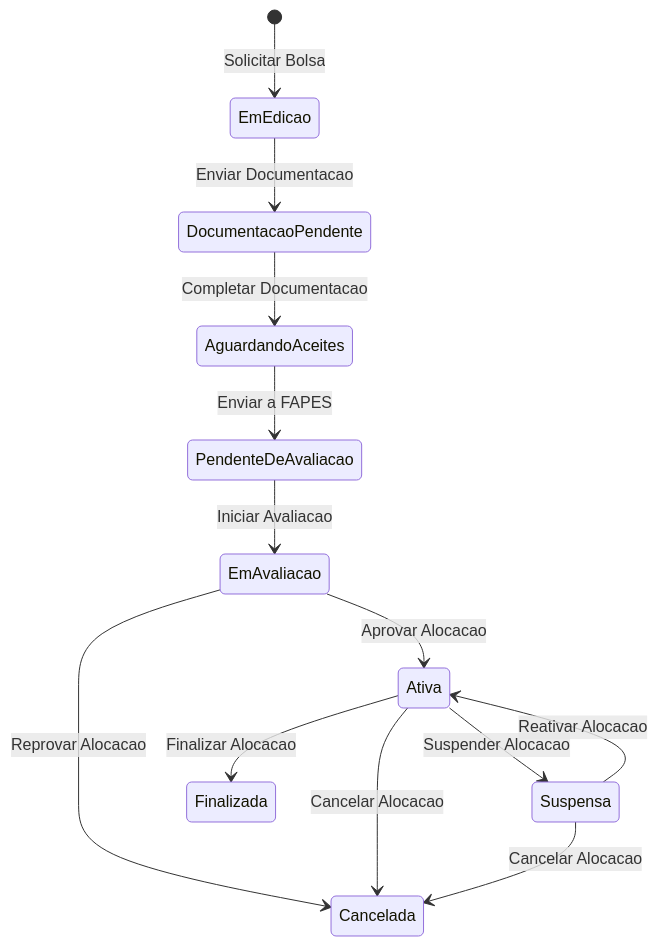
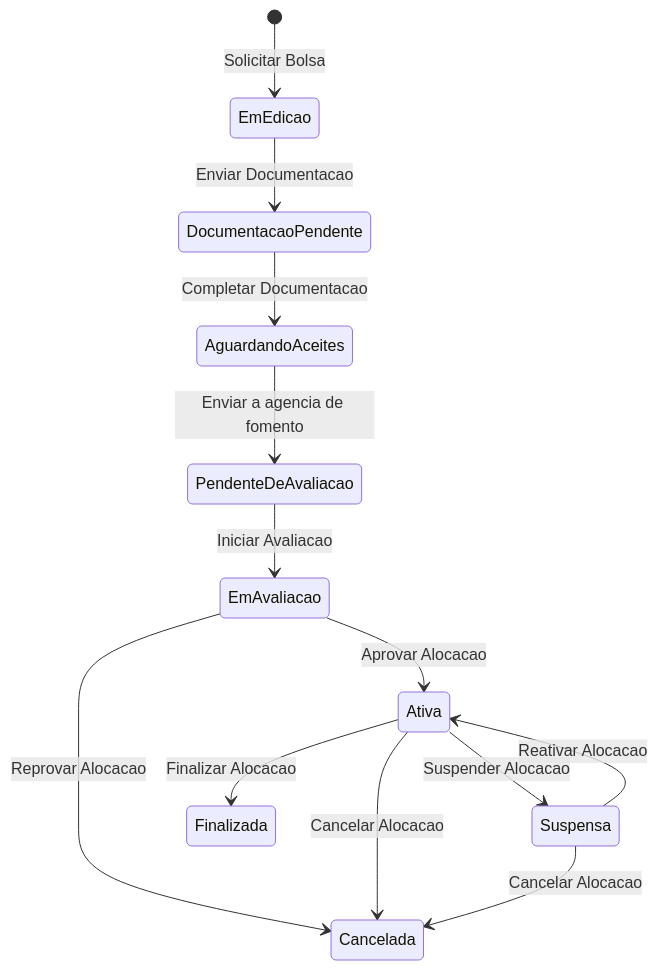
One commit to Czzped/conecta-fapes-teste changed the first of 6 diagrams in docs/implementation/modules/M004-pagamento-bolsista/modelo-comportamental.md. Above: the diagram before and after it, drawn with Mermaid. The commit also changed other lines of this file and 111 other files, not shown here.

````diff
--- a/docs/implementation/modules/M004-pagamento-bolsista/modelo-comportamental.md
+++ b/docs/implementation/modules/M004-pagamento-bolsista/modelo-comportamental.md
@@ -7,15 +7,15 @@
 ```mermaid
 stateDiagram-v2
     [*] --> EmEdicao : Solicitar Bolsa
     EmEdicao --> DocumentacaoPendente : Enviar Documentacao
     DocumentacaoPendente --> AguardandoAceites : Completar Documentacao
-    AguardandoAceites --> PendenteDeAvaliacao : Enviar a FAPES
+    AguardandoAceites --> PendenteDeAvaliacao : Enviar a agencia de fomento
     PendenteDeAvaliacao --> EmAvaliacao : Iniciar Avaliacao
     EmAvaliacao --> Ativa : Aprovar Alocacao
     EmAvaliacao --> Cancelada : Reprovar Alocacao
     Ativa --> Suspensa : Suspender Alocacao
     Ativa --> Finalizada : Finalizar Alocacao
     Ativa --> Cancelada : Cancelar Alocacao
     Suspensa --> Ativa : Reativar Alocacao
     Suspensa --> Cancelada : Cancelar Alocacao
 ```
````
